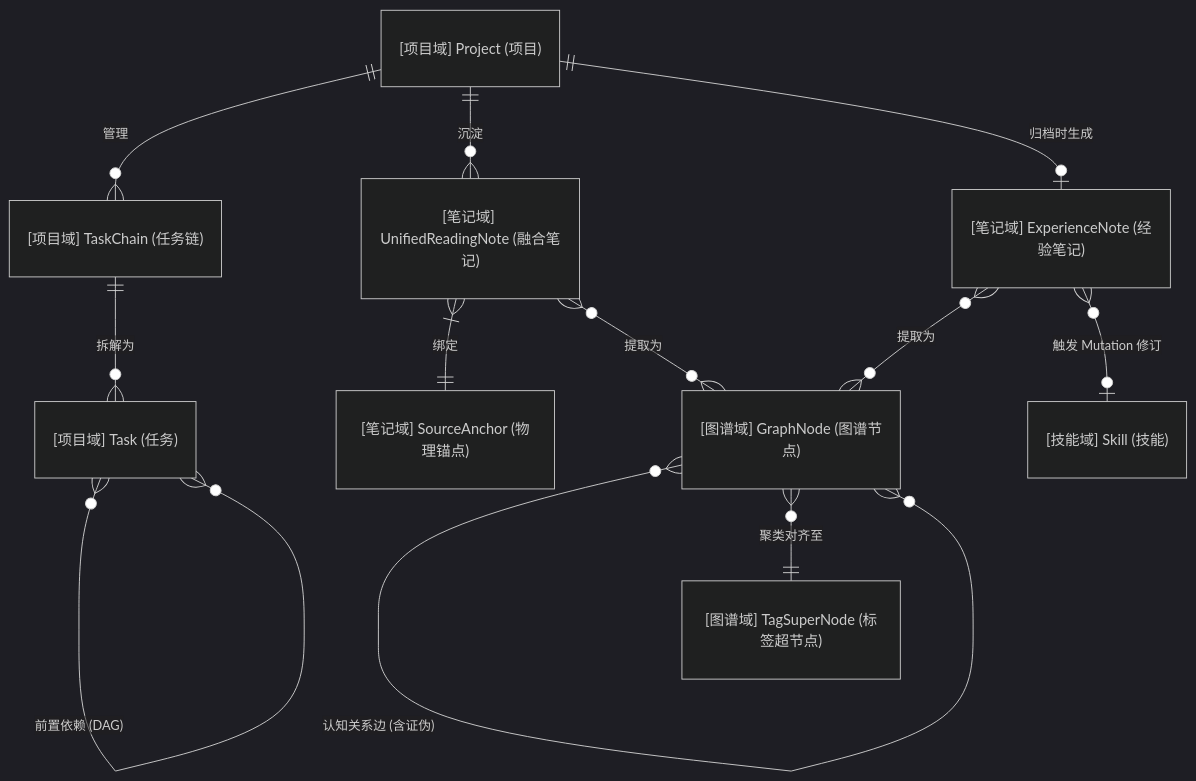
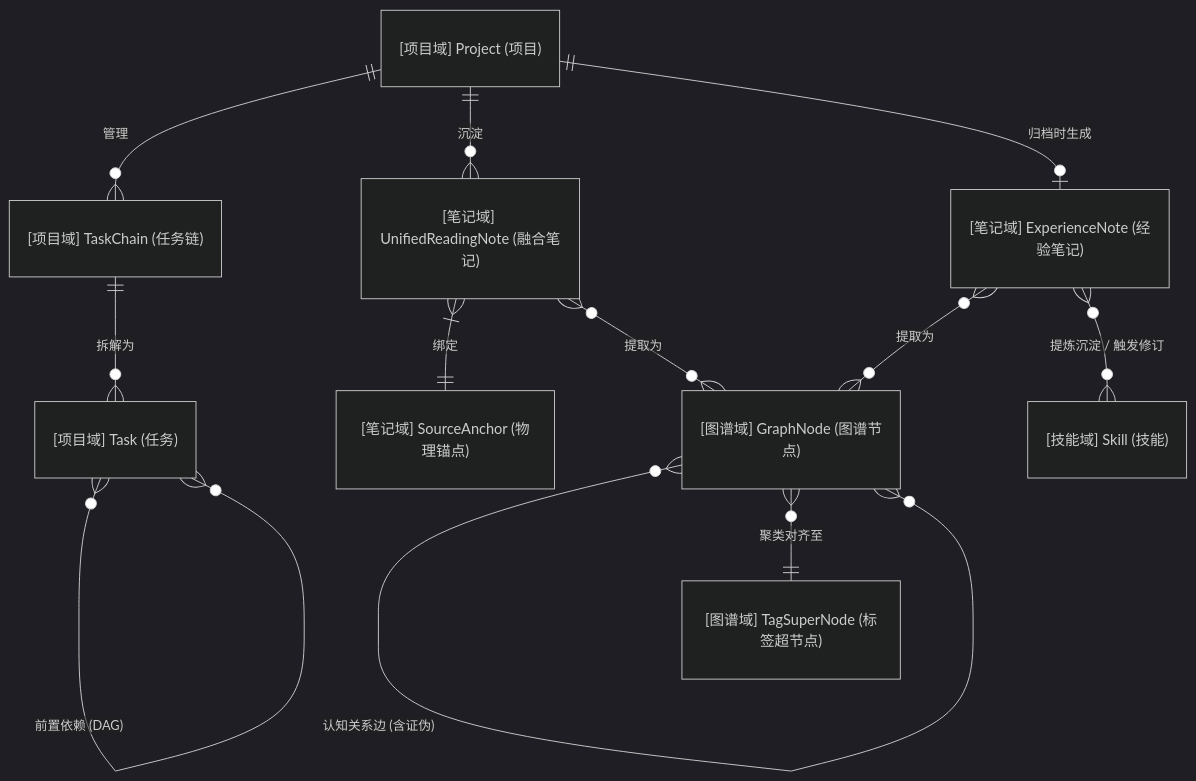
Before and after one commit to shanglihong/i-have-a-plan: the third of 3 diagrams in docs/06_system_architecture/backend_design_spec_v1.0.md, drawn with Mermaid (dark theme). The commit also changed other lines of this file and 1 other file, not shown here.

Commit message:
docs: update business model and backend architecture design specifications

````diff
--- a/docs/06_system_architecture/backend_design_spec_v1.0.md
+++ b/docs/06_system_architecture/backend_design_spec_v1.0.md
@@ -170,21 +175,21 @@
 ```mermaid
 erDiagram
     %% 项目与任务领域
     "[项目域] Project (项目)" ||--o{ "[项目域] TaskChain (任务链)" : "管理"
     "[项目域] TaskChain (任务链)" ||--o{ "[项目域] Task (任务)" : "拆解为"
     "[项目域] Task (任务)" }o--o{ "[项目域] Task (任务)" : "前置依赖 (DAG)"
 
     %% 独立笔记领域
     "[项目域] Project (项目)" ||--o{ "[笔记域] UnifiedReadingNote (融合笔记)" : "沉淀"
     "[项目域] Project (项目)" ||--o| "[笔记域] ExperienceNote (经验笔记)" : "归档时生成"
     "[笔记域] UnifiedReadingNote (融合笔记)" }|--|| "[笔记域] SourceAnchor (物理锚点)" : "绑定"
     
     %% 图谱领域 (异步下游消费者)
     "[笔记域] UnifiedReadingNote (融合笔记)" }o--o{ "[图谱域] GraphNode (图谱节点)" : "提取为"
     "[笔记域] ExperienceNote (经验笔记)" }o--o{ "[图谱域] GraphNode (图谱节点)" : "提取为"
     "[图谱域] GraphNode (图谱节点)" }o--o{ "[图谱域] GraphNode (图谱节点)" : "认知关系边 (含证伪)"
     "[图谱域] GraphNode (图谱节点)" }o--|| "[图谱域] TagSuperNode (标签超节点)" : "聚类对齐至"
 
     %% 技能提炼领域
-    "[笔记域] ExperienceNote (经验笔记)" }o--o| "[技能域] Skill (技能)" : "触发 Mutation 修订"
+    "[笔记域] ExperienceNote (经验笔记)" }o--o{ "[技能域] Skill (技能)" : "提炼沉淀 / 触发修订"
 ```
````
